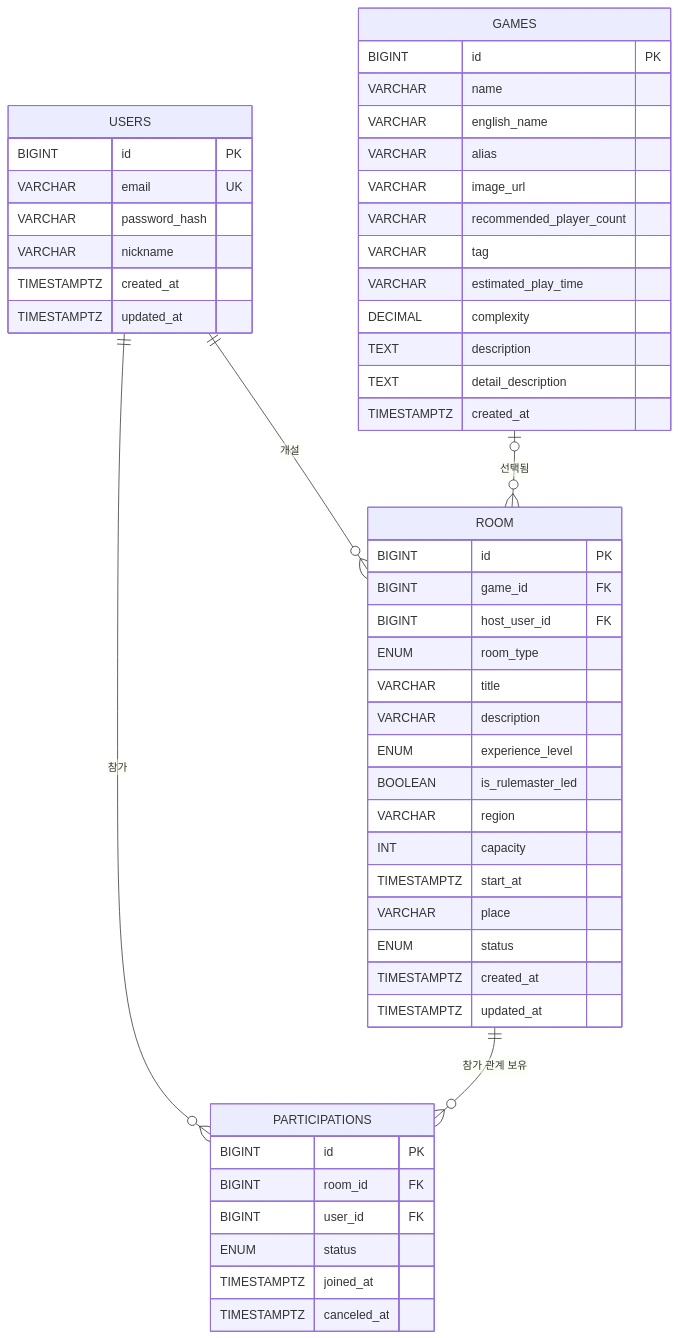
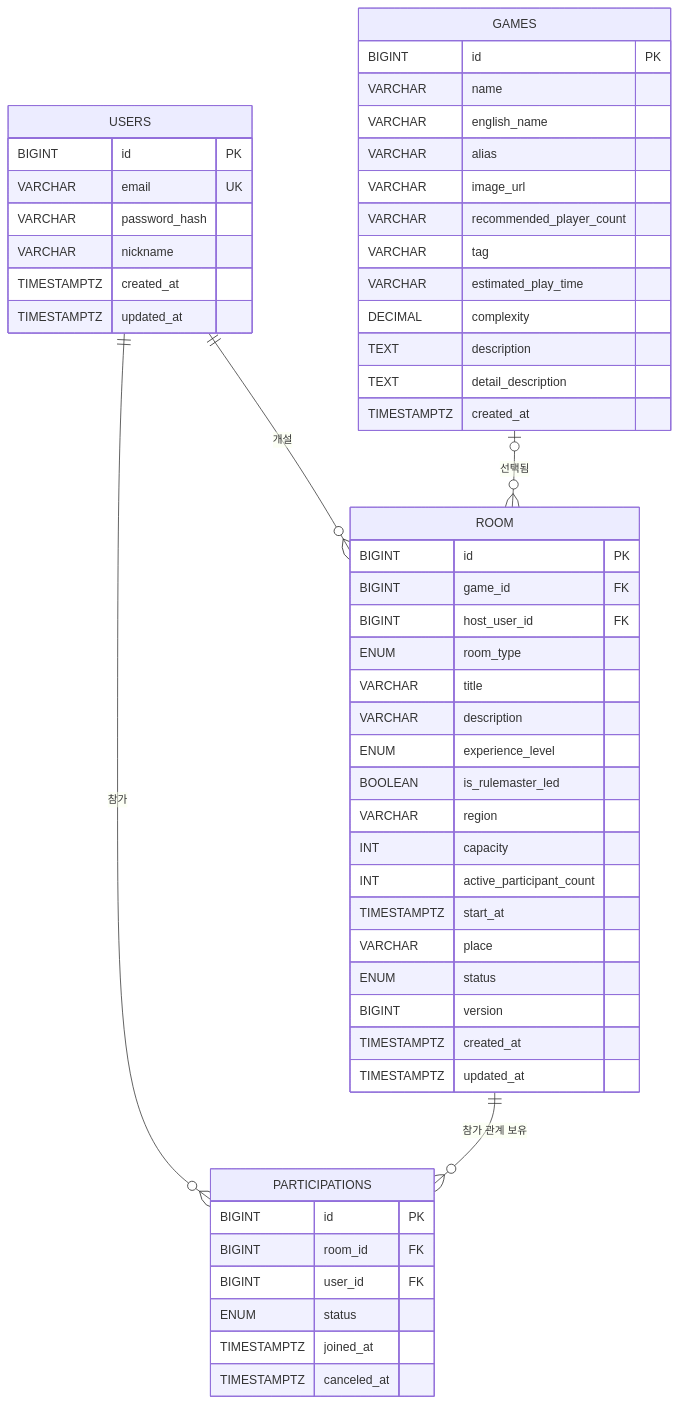
Before and after one commit to bamsongi-club/albam-mate: the diagram in docs/ERD.md, drawn with Mermaid. The commit also changed other lines of this file and 2 other files, not shown here.

```diff
--- a/docs/ERD.md
+++ b/docs/ERD.md
@@ -15,58 +15,60 @@
 ~~~mermaid
 erDiagram
     USERS ||--o{ ROOM : "개설"
     GAMES o|--o{ ROOM : "선택됨"
     USERS ||--o{ PARTICIPATIONS : "참가"
     ROOM ||--o{ PARTICIPATIONS : "참가 관계 보유"
 
     USERS {
         BIGINT id PK
         VARCHAR email UK
         VARCHAR password_hash
         VARCHAR nickname
         TIMESTAMPTZ created_at
         TIMESTAMPTZ updated_at
     }
 
     GAMES {
         BIGINT id PK
         VARCHAR name
         VARCHAR english_name
         VARCHAR alias
         VARCHAR image_url
         VARCHAR recommended_player_count
         VARCHAR tag
         VARCHAR estimated_play_time
         DECIMAL complexity
         TEXT description
         TEXT detail_description
         TIMESTAMPTZ created_at
     }
 
     ROOM {
         BIGINT id PK
         BIGINT game_id FK
         BIGINT host_user_id FK
         ENUM room_type
         VARCHAR title
         VARCHAR description
         ENUM experience_level
         BOOLEAN is_rulemaster_led
         VARCHAR region
         INT capacity
+        INT active_participant_count
         TIMESTAMPTZ start_at
         VARCHAR place
         ENUM status
+        BIGINT version
         TIMESTAMPTZ created_at
         TIMESTAMPTZ updated_at
     }
 
     PARTICIPATIONS {
         BIGINT id PK
         BIGINT room_id FK
         BIGINT user_id FK
         ENUM status
         TIMESTAMPTZ joined_at
         TIMESTAMPTZ canceled_at
     }
 ~~~
```
